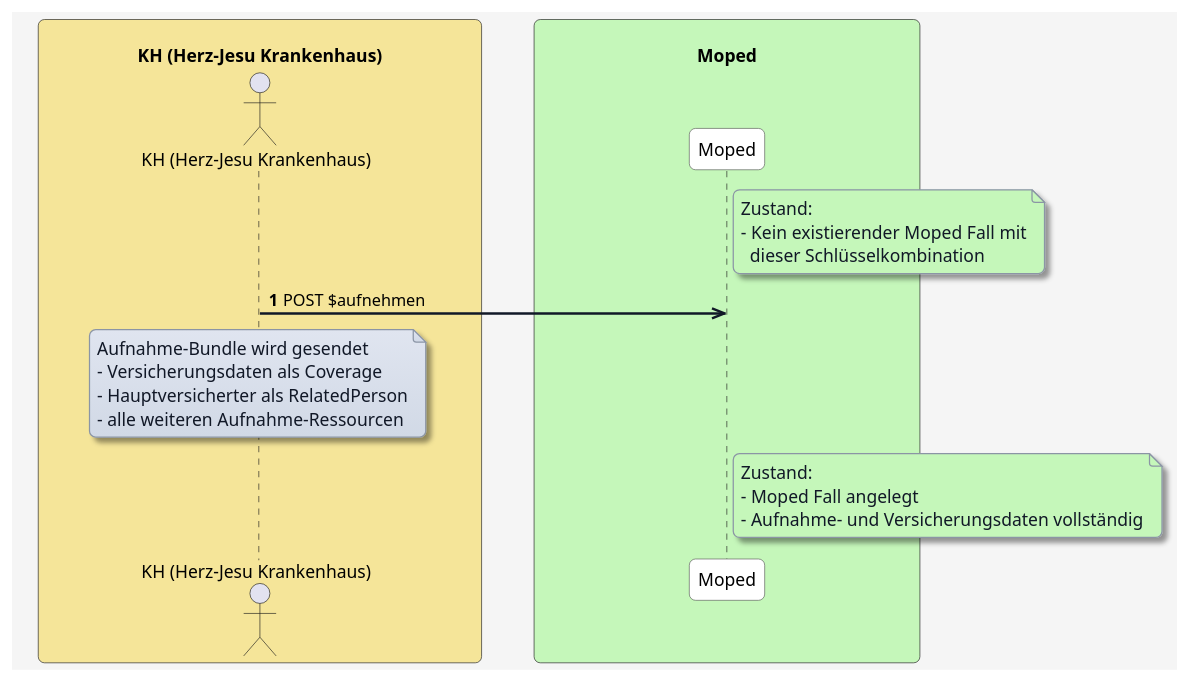
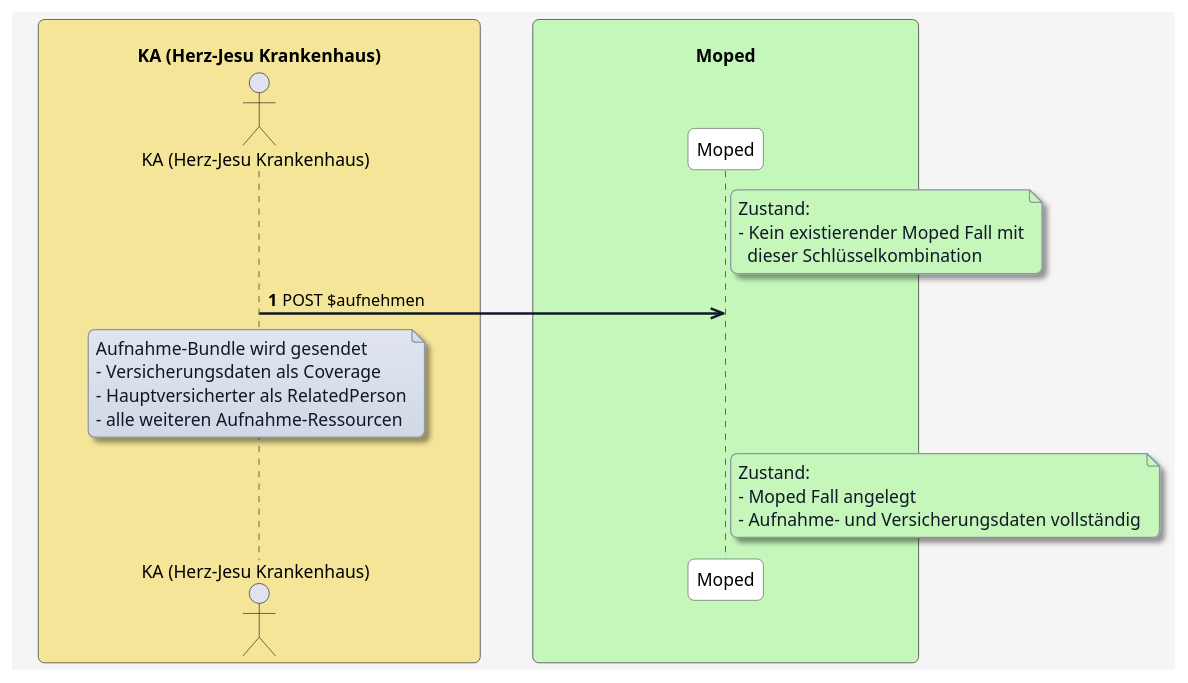
One commit to HL7Austria/ELGA-MOPED-R5 changed the diagram in plantuml/moped-fall-aufnahme/aufnehmen-versicherungsdetails.plantuml. Above: the diagram before and after it, drawn with PlantUML. The commit also changed 184 other files, not shown here.

```diff
--- a/plantuml/moped-fall-aufnahme/aufnehmen-versicherungsdetails.plantuml
+++ b/plantuml/moped-fall-aufnahme/aufnehmen-versicherungsdetails.plantuml
@@ -1,74 +1,74 @@
 @startuml
 skinparam borderColor #000000
 skinparam backgroundColor #f5f5f5
 skinparam shadowing false
 skinparam roundCorner 10
 skinparam defaultFontName "Arial"
 skinparam defaultFontSize 14
 skinparam defaultFontColor #000000
 
 skinparam note {
   BackgroundColor #e0e5f0-#d1d9e6
   BorderColor #8b95a5
   BorderThickness 1
   RoundCorner 8
   Padding 6
   FontColor #111827
   Shadowing true
 }
 
 skinparam HyperlinkColor #0000EE
 skinparam HyperlinkUnderline false
 
 skinparam sequence {
   ParticipantBorderColor #555555
   ParticipantBackgroundColor #ffffff
   ParticipantFontColor #000000
   ParticipantFontSize 14
   ParticipantPadding 20
   ArrowColor #111827
   ArrowThickness 2
   ArrowFontColor #000000
   ArrowFontSize 13
   GroupBorderColor #111827
   GroupBackgroundColor #f3f4f6
   GroupBorderThickness 1
 }
 
 skinparam BoxPadding 20
 skinparam BoxBorderColor #555555
 
-box "\n                     KH (Herz-Jesu Krankenhaus)                     " #f5e599
-  actor KH as "KH (Herz-Jesu Krankenhaus)"
+box "\n                     KA (Herz-Jesu Krankenhaus)                     " #f5e599
+  actor KA as "KA (Herz-Jesu Krankenhaus)"
 end box
 
 box "\n                                   Moped                                   " #c5f7ba
   participant MP as "Moped"
 end box
 
 
 autonumber
 
 autonumber
 
 note right of MP #c5f7ba
 Zustand:
 - Kein existierender Moped Fall mit
   dieser Schlüsselkombination
 end note
 
-KH ->> MP: POST $aufnehmen
-note over KH
+KA ->> MP: POST $aufnehmen
+note over KA
 Aufnahme-Bundle wird gesendet
 - Versicherungsdaten als Coverage
 - Hauptversicherter als RelatedPerson
 - alle weiteren Aufnahme-Ressourcen
 end note
 
 note right of MP #c5f7ba
 Zustand:
 - Moped Fall angelegt
 - Aufnahme- und Versicherungsdaten vollständig
 end note
 
 @enduml
```
